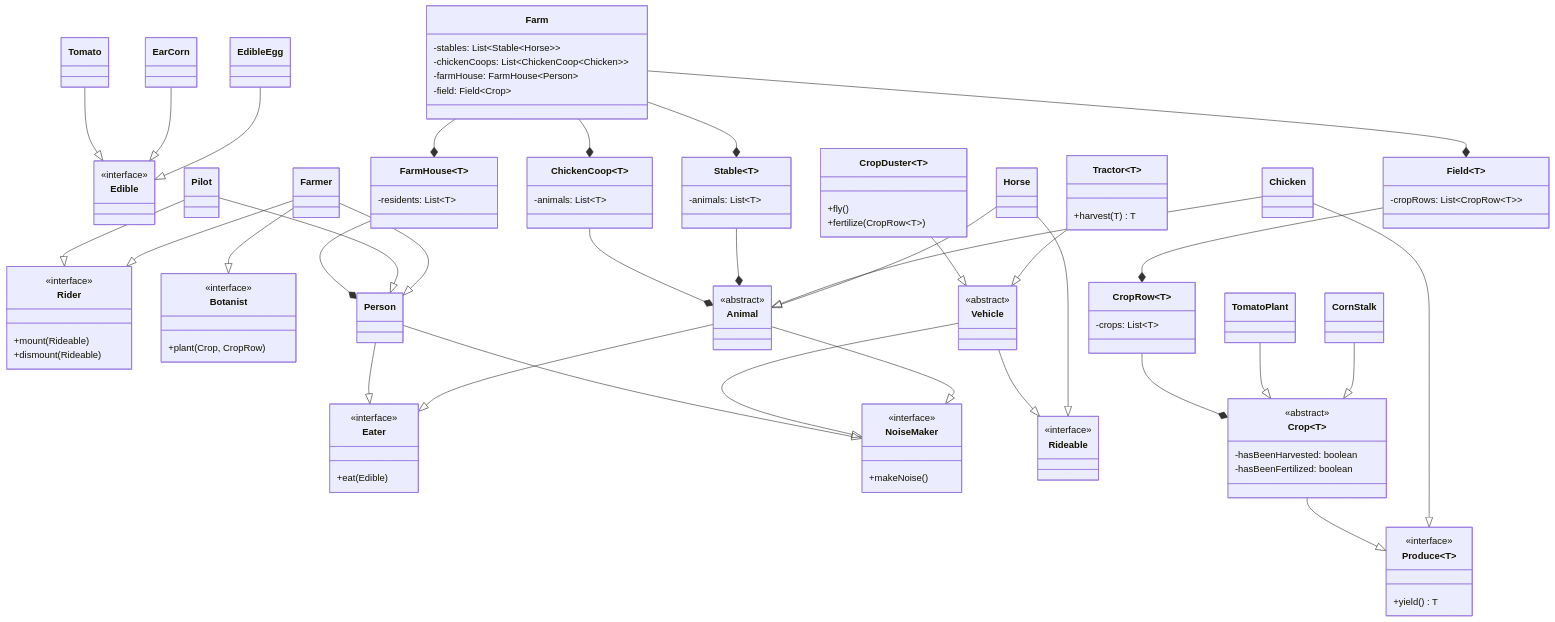
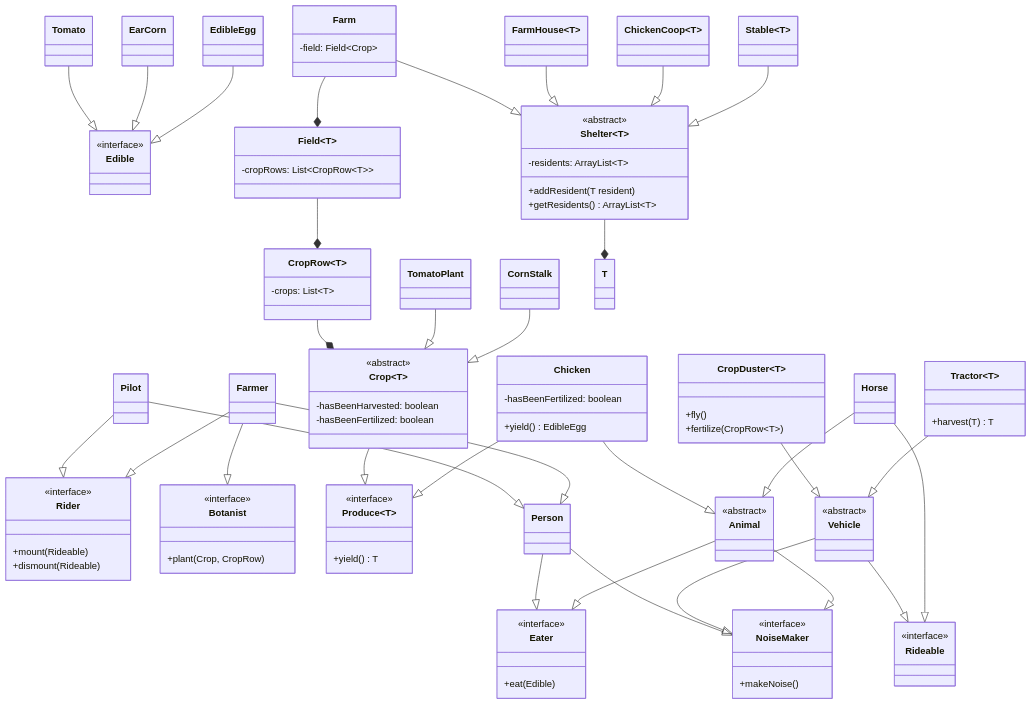
The diagram in farm-system-uml.md (AnthonyF525/FarmerFroilan), drawn with Mermaid before and after one commit. The commit also changed other lines of this file and 4 other files, not shown here.

````diff
--- a/farm-system-uml.md
+++ b/farm-system-uml.md
@@ -52,6 +52,13 @@
         -hasBeenFertilized: boolean
     }
     
+    class Shelter~T~ {
+        <<abstract>>
+        -residents: ArrayList~T~
+        +addResident(T resident)
+        +getResidents() ArrayList~T~
+    }
+    
     %% People
     class Person
     class Farmer
@@ -59,7 +66,10 @@
     
     %% Animals
     class Horse
-    class Chicken
+    class Chicken {
+        -hasBeenFertilized: boolean
+        +yield() EdibleEgg
+    }
     
     %% Vehicles
     class Tractor~T~ {
@@ -88,21 +98,15 @@
     }
     
     class Stable~T~ {
-        -animals: List~T~
     }
     
     class ChickenCoop~T~ {
-        -animals: List~T~
     }
     
     class FarmHouse~T~ {
-        -residents: List~T~
     }
     
     class Farm {
-        -stables: List~Stable~Horse~~
-        -chickenCoops: List~ChickenCoop~Chicken~~
-        -farmHouse: FarmHouse~Person~
         -field: Field~Crop~
     }
     
@@ -121,6 +125,11 @@
     
     Tractor~T~ --|> Vehicle
     CropDuster~T~ --|> Vehicle
+    
+    Stable~T~ --|> Shelter~T~
+    ChickenCoop~T~ --|> Shelter~T~
+    FarmHouse~T~ --|> Shelter~T~
+    Farm --|> Shelter~Object~
     
     Crop~T~ --|> Produce~T~
     
@@ -143,12 +152,7 @@
     
     %% Composition
     Farm --* Field~Crop~
-    Farm --* Stable~Horse~
-    Farm --* ChickenCoop~Chicken~
-    Farm --* FarmHouse~Person~
     Field~T~ --* CropRow~T~
     CropRow~T~ --* Crop~T~
-    Stable~T~ --* Animal
-    ChickenCoop~T~ --* Animal
-    FarmHouse~T~ --* Person
+    Shelter~T~ --* T
 ```
````
